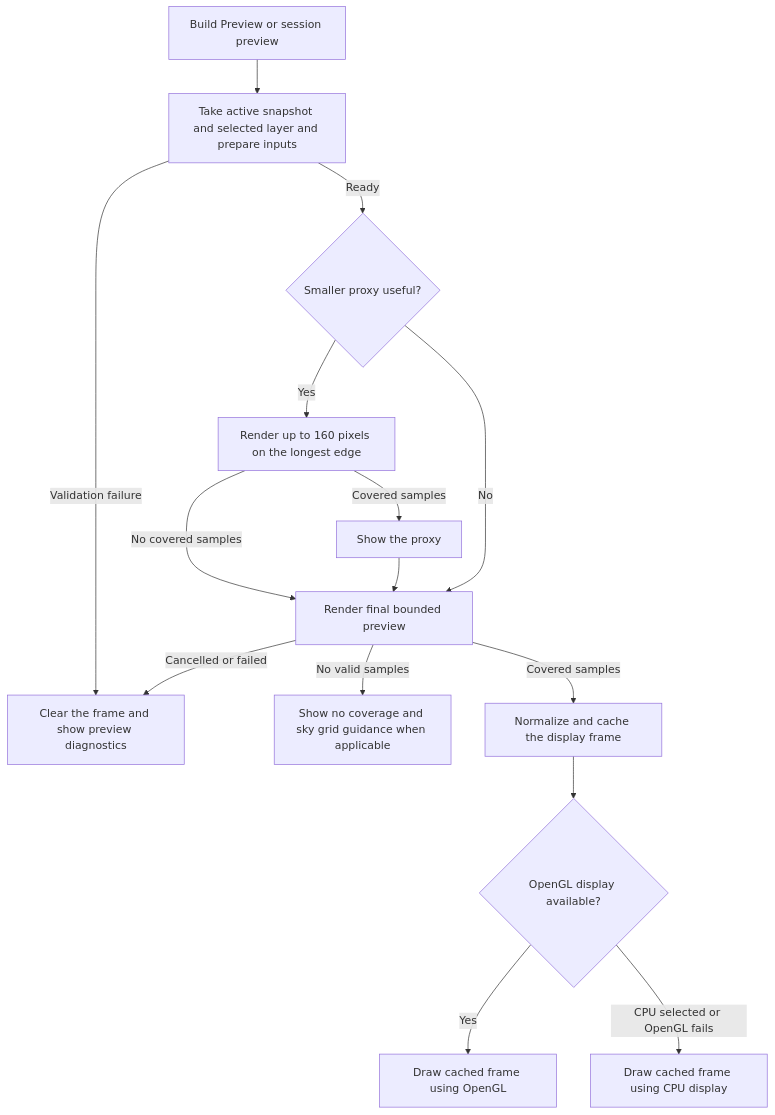
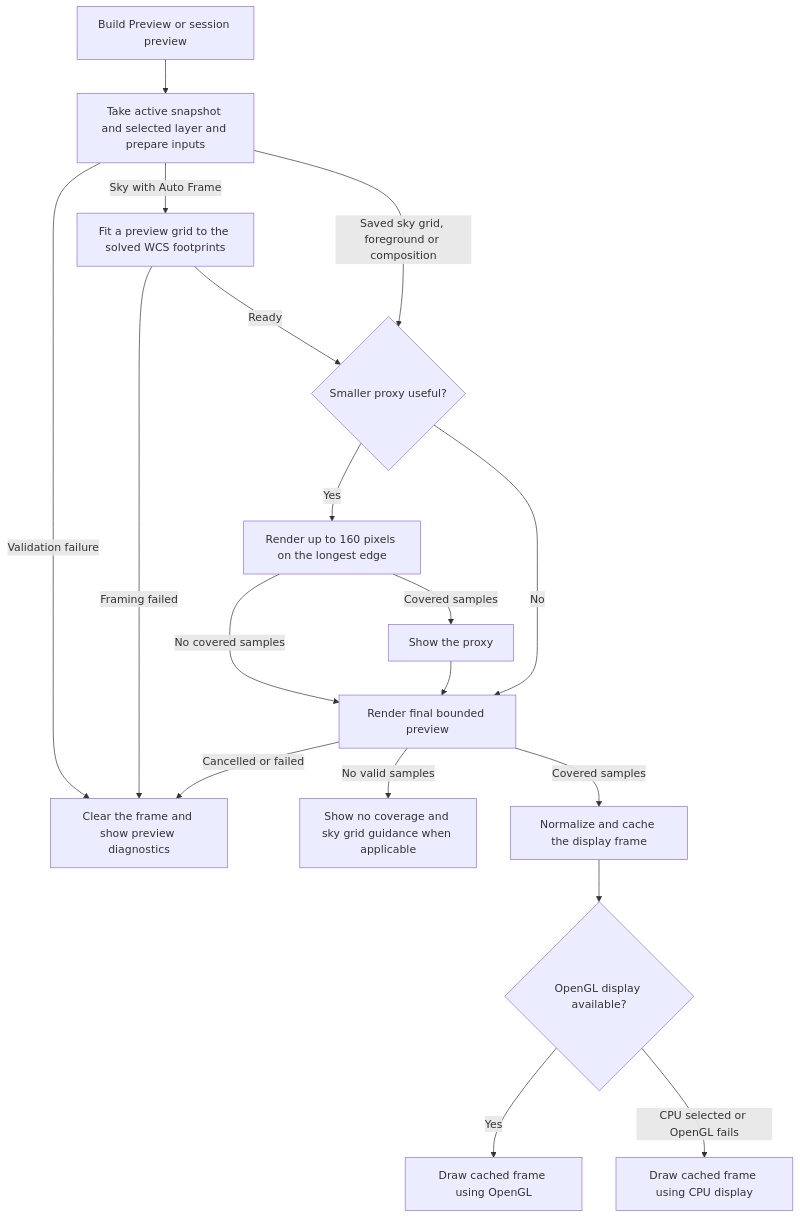
The seventh of 9 diagrams in docs/workflows.md (Batu-98/AstroMosaic), drawn with Mermaid before and after one commit. The commit also changed other lines of this file and 24 other files, not shown here.

Commit message:
Simplify previewing solved sky panels

````diff
--- a/docs/workflows.md
+++ b/docs/workflows.md
@@ -275,17 +280,20 @@
 ```mermaid
 flowchart TD
     preview["Build Preview or session preview"] --> prepare["Take active snapshot and selected layer and prepare inputs"]
     prepare -->|Validation failure| error["Clear the frame and show preview diagnostics"]
-    prepare -->|Ready| proxy{"Smaller proxy useful?"}
+    prepare -->|Sky with Auto Frame| fit["Fit a preview grid to the solved WCS footprints"]
+    fit -->|Framing failed| error
+    fit -->|Ready| proxy{"Smaller proxy useful?"}
+    prepare -->|Saved sky grid, foreground or composition| proxy
     proxy -->|Yes| coarse["Render up to 160 pixels on the longest edge"]
     coarse -->|Covered samples| interim["Show the proxy"]
     coarse -->|No covered samples| finalFrame["Render final bounded preview"]
     interim --> finalFrame
     proxy -->|No| finalFrame
     finalFrame -->|Cancelled or failed| error
     finalFrame -->|No valid samples| empty["Show no coverage and sky grid guidance when applicable"]
     finalFrame -->|Covered samples| display["Normalize and cache the display frame"]
     display --> backend{"OpenGL display available?"}
     backend -->|Yes| gl["Draw cached frame using OpenGL"]
     backend -->|CPU selected or OpenGL fails| cpu["Draw cached frame using CPU display"]
 ```
````
